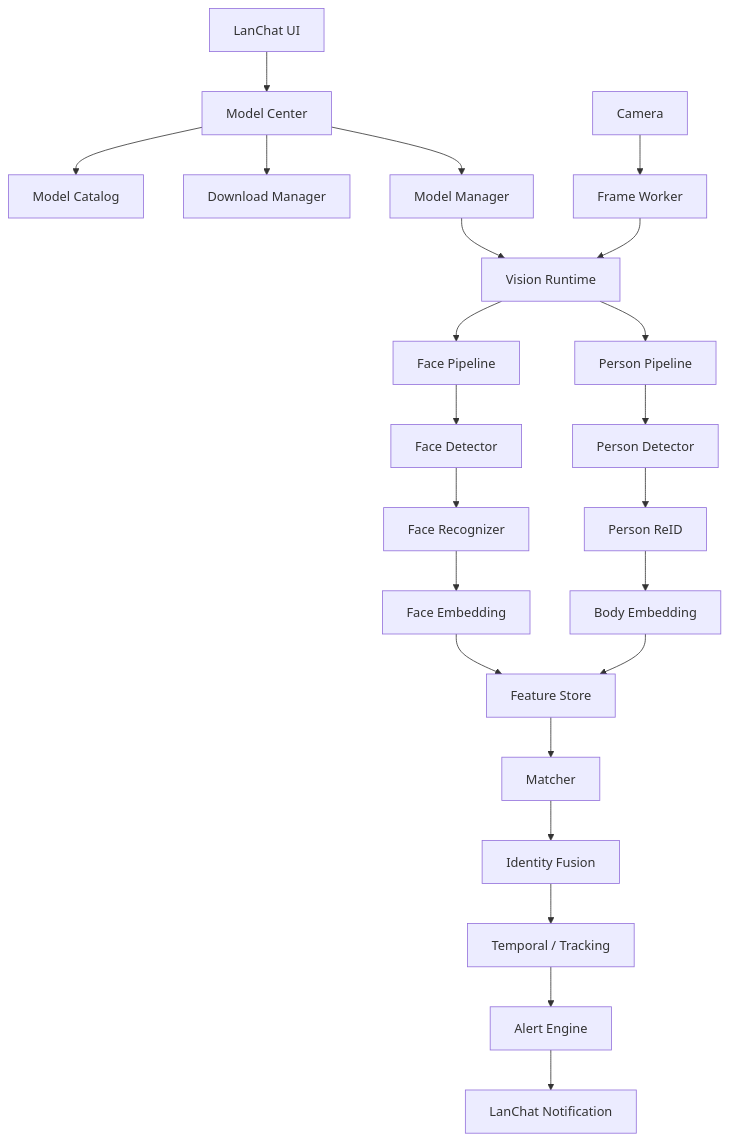
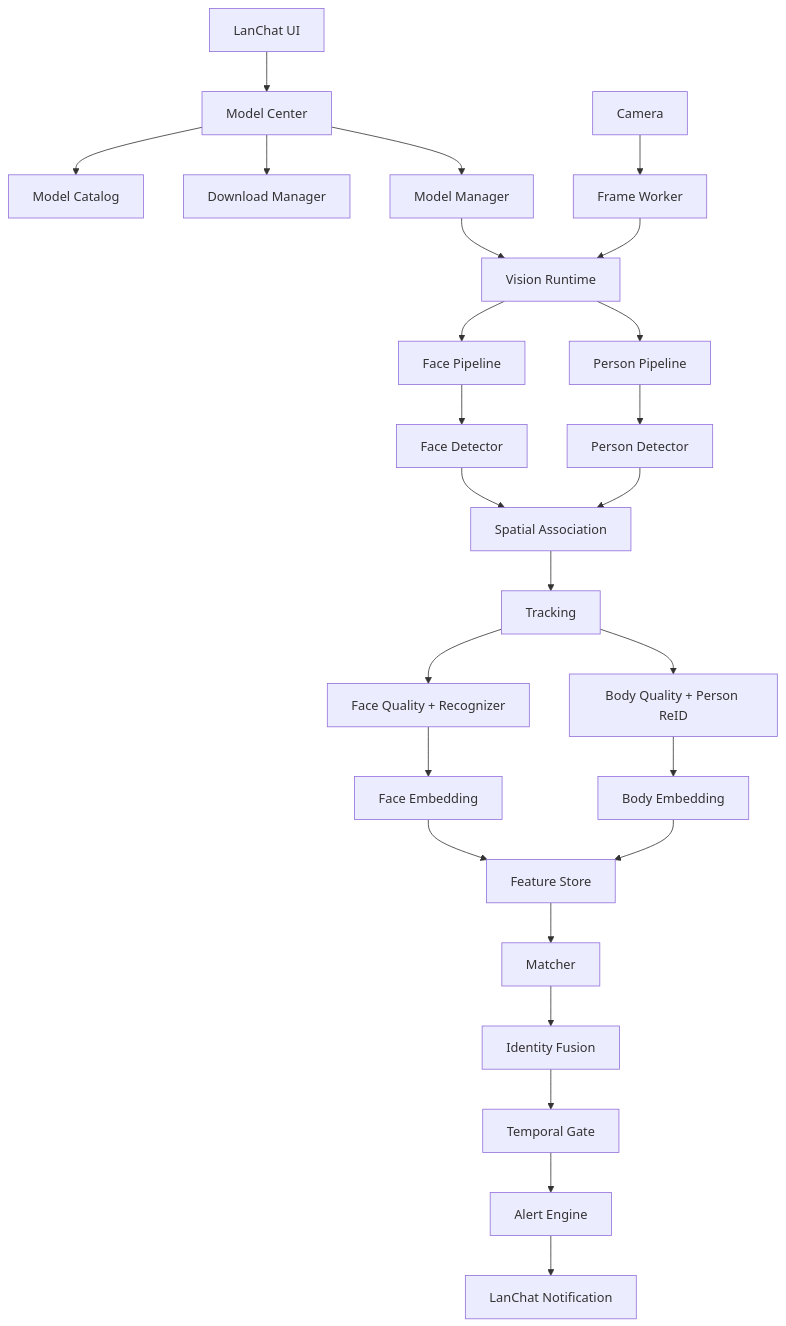
The fifth of 5 diagrams in LanChat_本地视觉识别系统重构与模型可插拔架构设计方案.md (DumKing/lanchat), drawn with Mermaid before and after one commit. The commit also changed other lines of this file, not shown here.

Commit message:
docs: refine vision recognition architecture

````diff
--- a/LanChat_本地视觉识别系统重构与模型可插拔架构设计方案.md
+++ b/LanChat_本地视觉识别系统重构与模型可插拔架构设计方案.md
@@ -3232,42 +3441,47 @@
 ```mermaid
 flowchart TB
 
     UI[LanChat UI]
 
     UI --> MC[Model Center]
 
     MC --> CAT[Model Catalog]
     MC --> DM[Download Manager]
     MC --> MM[Model Manager]
 
     CAMERA[Camera] --> FW[Frame Worker]
 
     FW --> VR[Vision Runtime]
 
     MM --> VR
 
     VR --> FP[Face Pipeline]
     VR --> PP[Person Pipeline]
 
     FP --> FDET[Face Detector]
-    FDET --> FREC[Face Recognizer]
+    PP --> PDET[Person Detector]
 
-    PP --> PDET[Person Detector]
-    PDET --> PREID[Person ReID]
+    FDET --> ASSOC[Spatial Association]
+    PDET --> ASSOC
+
+    ASSOC --> TRACK[Tracking]
+
+    TRACK --> FREC[Face Quality + Recognizer]
+    TRACK --> PREID[Body Quality + Person ReID]
 
     FREC --> FE[Face Embedding]
     PREID --> BE[Body Embedding]
 
     FE --> FS[Feature Store]
     BE --> FS
 
     FS --> MATCH[Matcher]
 
     MATCH --> FUSION[Identity Fusion]
 
-    FUSION --> TRACK[Temporal / Tracking]
+    FUSION --> TEMP[Temporal Gate]
 
-    TRACK --> ALERT[Alert Engine]
+    TEMP --> ALERT[Alert Engine]
 
     ALERT --> LAN[LanChat Notification]
 ```
````
